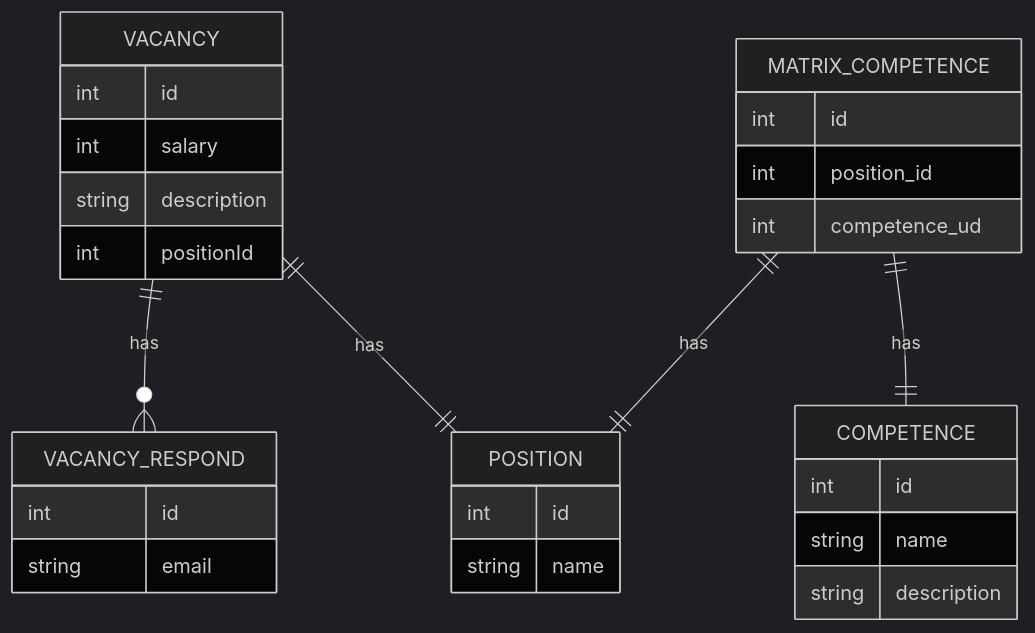
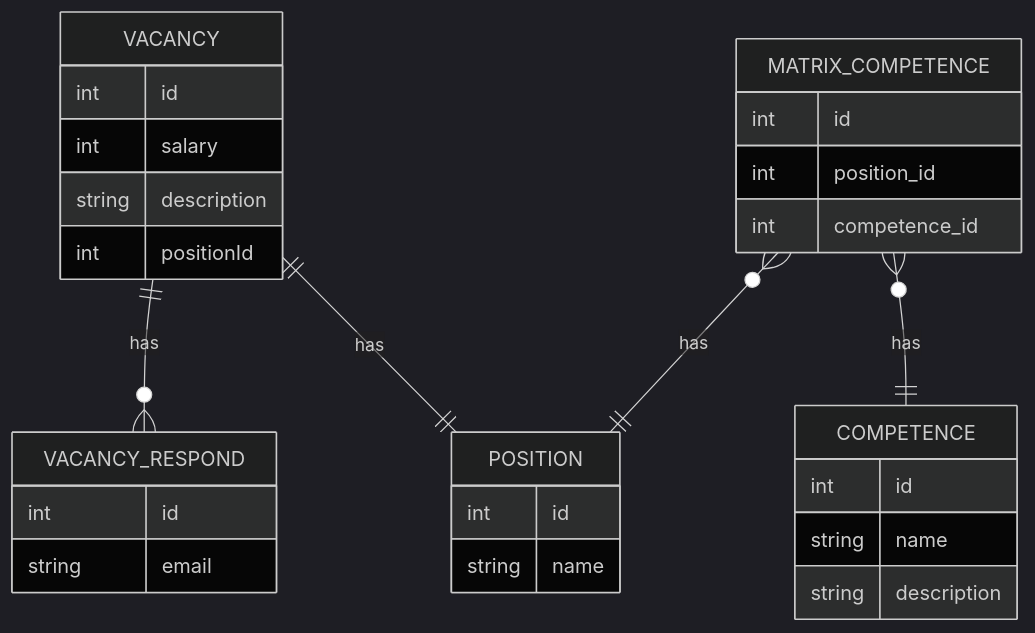
One commit to atomSkittlesTeam/atomicHunter changed the third of 3 diagrams in TECHDESCRIPTION.md. Above: the diagram before and after it, drawn with Mermaid (dark theme). The commit also changed other lines of this file, not shown here.

````diff
--- a/TECHDESCRIPTION.md
+++ b/TECHDESCRIPTION.md
@@ -50,31 +50,31 @@
 ```mermaid
   erDiagram
       VACANCY ||--o{ VACANCY_RESPOND : has
       VACANCY ||--|| POSITION : has
-      MATRIX_COMPETENCE ||--|| POSITION : has
-      MATRIX_COMPETENCE ||--|| COMPETENCE : has
+      MATRIX_COMPETENCE }o--|| POSITION : has
+      MATRIX_COMPETENCE }o--|| COMPETENCE : has
       VACANCY {
           int id
           int salary
           string description
           int positionId
       }
       VACANCY_RESPOND {
           int id
           string email
       }
       POSITION {
           int id
           string name
       }
       COMPETENCE {
           int id
           string name
           string description
       }
       MATRIX_COMPETENCE {
           int id
           int position_id
-          int competence_ud
+          int competence_id
       }
 ```
````
